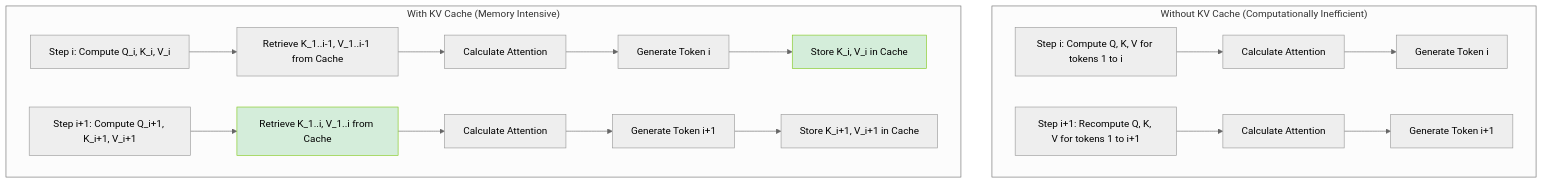
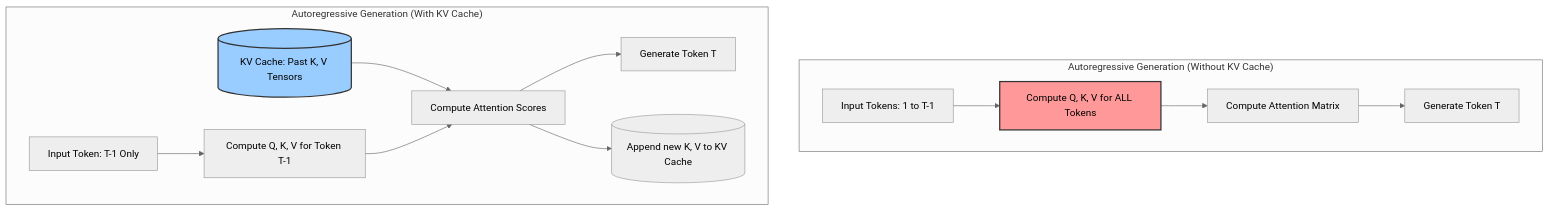
Before and after one commit to rayyan-41/de-anima: the diagram in _tmp/kv_cache_chunk_01.md, drawn with Mermaid (neutral theme). The commit also changed other lines of this file and 6 other files, not shown here.

````diff
--- a/_tmp/kv_cache_chunk_01.md
+++ b/_tmp/kv_cache_chunk_01.md
@@ -27,24 +3,18 @@
 ```mermaid
 graph TD
-    subgraph "Without KV Cache (Computationally Inefficient)"
-        A1[Step i: Compute Q, K, V for tokens 1 to i] --> B1[Calculate Attention]
-        B1 --> C1[Generate Token i]
-        A2[Step i+1: Recompute Q, K, V for tokens 1 to i+1] --> B2[Calculate Attention]
-        B2 --> C2[Generate Token i+1]
+    subgraph "Autoregressive Generation (Without KV Cache)"
+        A1[Input Tokens: 1 to T-1] --> B1[Compute Q, K, V for ALL Tokens]
+        B1 --> C1[Compute Attention Matrix]
+        C1 --> D1[Generate Token T]
+        style B1 fill:#ff9999,stroke:#333,stroke-width:2px
     end
-    
-    subgraph "With KV Cache (Memory Intensive)"
-        D1[Step i: Compute Q_i, K_i, V_i] --> E1[Retrieve K_1..i-1, V_1..i-1 from Cache]
-        E1 --> F1[Calculate Attention]
-        F1 --> G1[Generate Token i]
-        G1 --> H1[Store K_i, V_i in Cache]
-        
-        D2[Step i+1: Compute Q_i+1, K_i+1, V_i+1] --> E2[Retrieve K_1..i, V_1..i from Cache]
-        E2 --> F2[Calculate Attention]
-        F2 --> G2[Generate Token i+1]
-        G2 --> H2[Store K_i+1, V_i+1 in Cache]
+
+    subgraph "Autoregressive Generation (With KV Cache)"
+        E1[Input Token: T-1 Only] --> F1[Compute Q, K, V for Token T-1]
+        G1[(KV Cache: Past K, V Tensors)] --> H1[Compute Attention Scores]
+        F1 --> H1
+        H1 --> I1[Generate Token T]
+        H1 --> J1[(Append new K, V to KV Cache)]
+        style G1 fill:#99ccff,stroke:#333,stroke-width:2px
     end
-    
-    style H1 fill:#d4edda,stroke:#82c91e
-    style E2 fill:#d4edda,stroke:#82c91e
 ```
````
